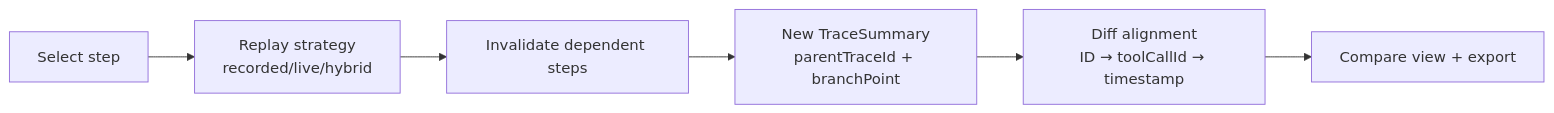
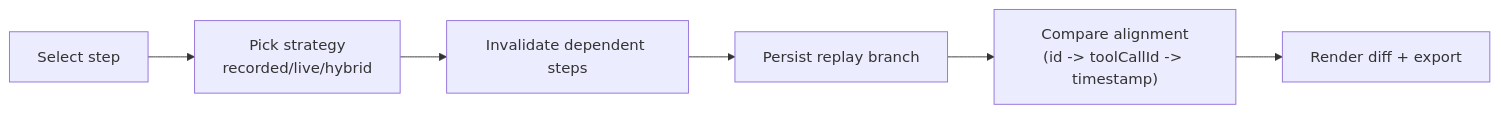
Before and after one commit to jlov7/agent-director: the fifth of 6 diagrams in docs/architecture.md, drawn with Mermaid. The commit also changed other lines of this file and 12 other files, not shown here.

````diff
--- a/docs/architecture.md
+++ b/docs/architecture.md
@@ -65,8 +130,8 @@
 ```mermaid
 flowchart LR
-  A[Select step] --> B[Replay strategy\nrecorded/live/hybrid]
-  B --> C[Invalidate dependent steps]
-  C --> D[New TraceSummary\nparentTraceId + branchPoint]
-  D --> E[Diff alignment\nID → toolCallId → timestamp]
-  E --> F[Compare view + export]
+  A["Select step"] --> B["Pick strategy\nrecorded/live/hybrid"]
+  B --> C["Invalidate dependent steps"]
+  C --> D["Persist replay branch"]
+  D --> E["Compare alignment\n(id -> toolCallId -> timestamp)"]
+  E --> F["Render diff + export"]
 ```
````
